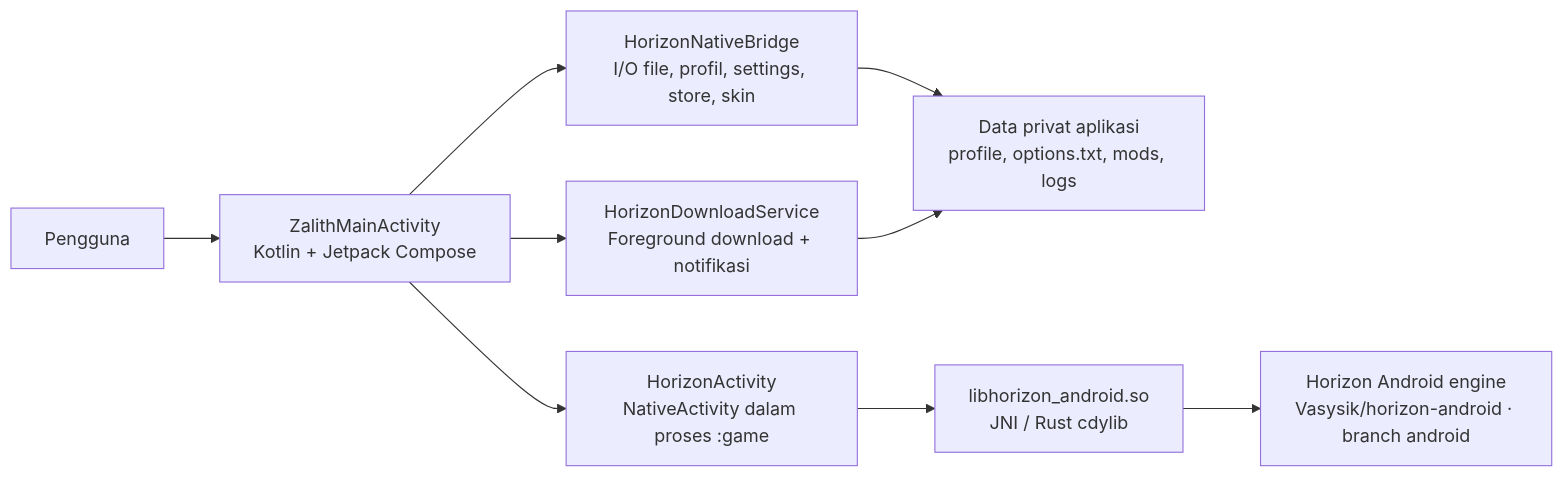
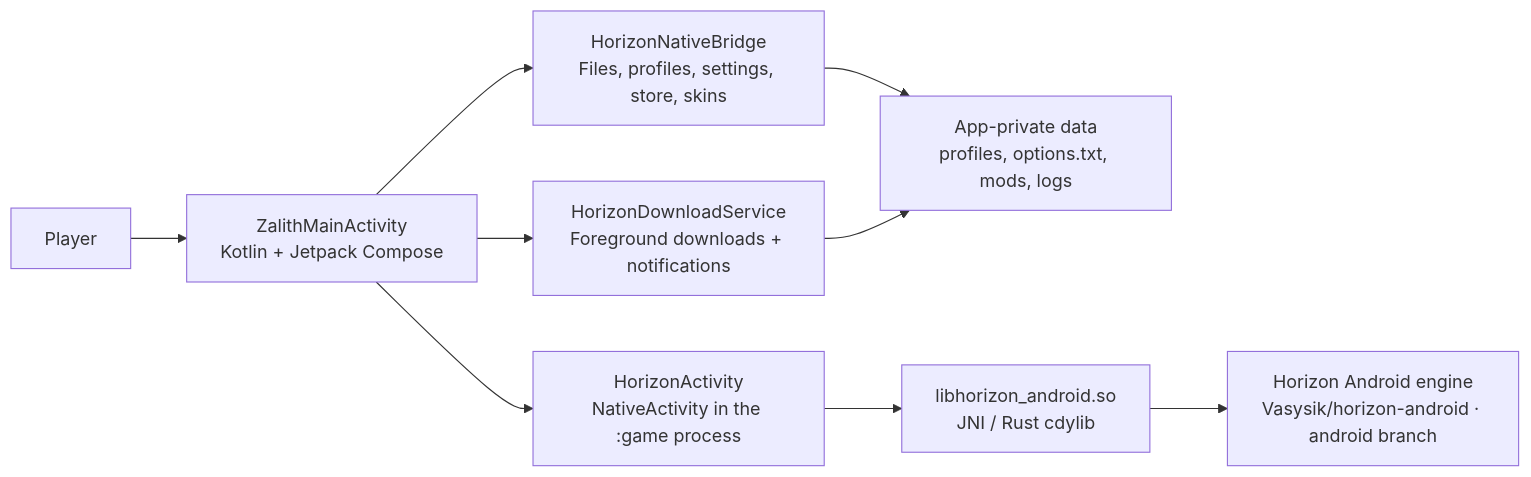
The diagram in README.md (Fadiba21/Horizonz-Launcher), drawn with Mermaid before and after one commit. The commit also changed other lines of this file and 7 other files, not shown here.

````diff
--- a/README.md
+++ b/README.md
@@ -69,11 +73,11 @@
 ```mermaid
 flowchart LR
-  U[Pengguna] --> UI[ZalithMainActivity<br/>Kotlin + Jetpack Compose]
-  UI --> B[HorizonNativeBridge<br/>I/O file, profil, settings, store, skin]
-  UI --> D[HorizonDownloadService<br/>Foreground download + notifikasi]
-  B --> FS[Data privat aplikasi<br/>profile, options.txt, mods, logs]
-  UI --> A[HorizonActivity<br/>NativeActivity dalam proses :game]
+  U[Player] --> UI[ZalithMainActivity<br/>Kotlin + Jetpack Compose]
+  UI --> B[HorizonNativeBridge<br/>Files, profiles, settings, store, skins]
+  UI --> D[HorizonDownloadService<br/>Foreground downloads + notifications]
+  B --> FS[App-private data<br/>profiles, options.txt, mods, logs]
+  UI --> A[HorizonActivity<br/>NativeActivity in the :game process]
   A --> JNI[libhorizon_android.so<br/>JNI / Rust cdylib]
-  JNI --> E[Horizon Android engine<br/>Vasysik/horizon-android · branch android]
+  JNI --> E[Horizon Android engine<br/>Vasysik/horizon-android · android branch]
   D --> FS
 ```
````
